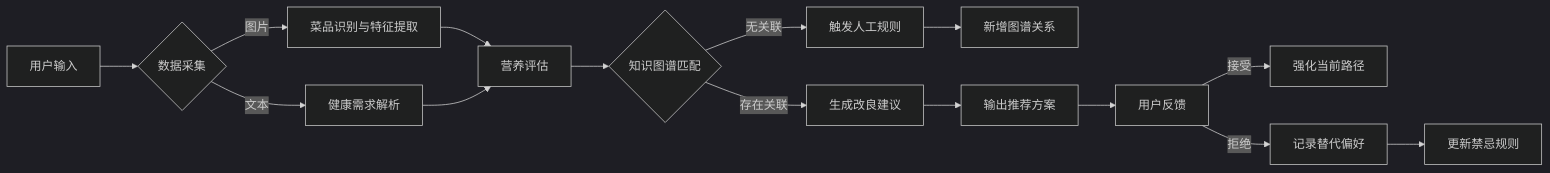
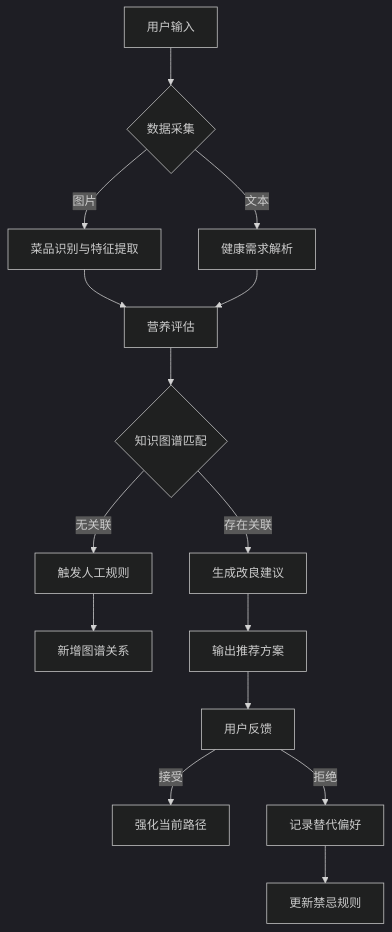
The diagram in all/未命名-1.md (funnyData/iodraw-files), drawn with Mermaid (dark theme) before and after one commit.

Commit message:
2025-03-19 16:32:43 update

````diff
--- a/all/未命名-1.md
+++ b/all/未命名-1.md
@@ -1,18 +1,18 @@
 ```mermaid
 %% 流程图（基于网页4/5/7的过程优化）
-flowchart LR
+flowchart TD
     A[用户输入] --> B{数据采集}
     B -->|图片| C[菜品识别与特征提取]
     B -->|文本| D[健康需求解析]
     C --> E[营养评估]
     D --> E
     E --> F{知识图谱匹配}
     F -->|存在关联| G[生成改良建议]
     F -->|无关联| H[触发人工规则]
     H --> I[新增图谱关系]
     G --> J[输出推荐方案]
     J --> K[用户反馈]
     K -->|接受| L[强化当前路径]
     K -->|拒绝| M[记录替代偏好]
     M --> N[更新禁忌规则]
 ```
````
